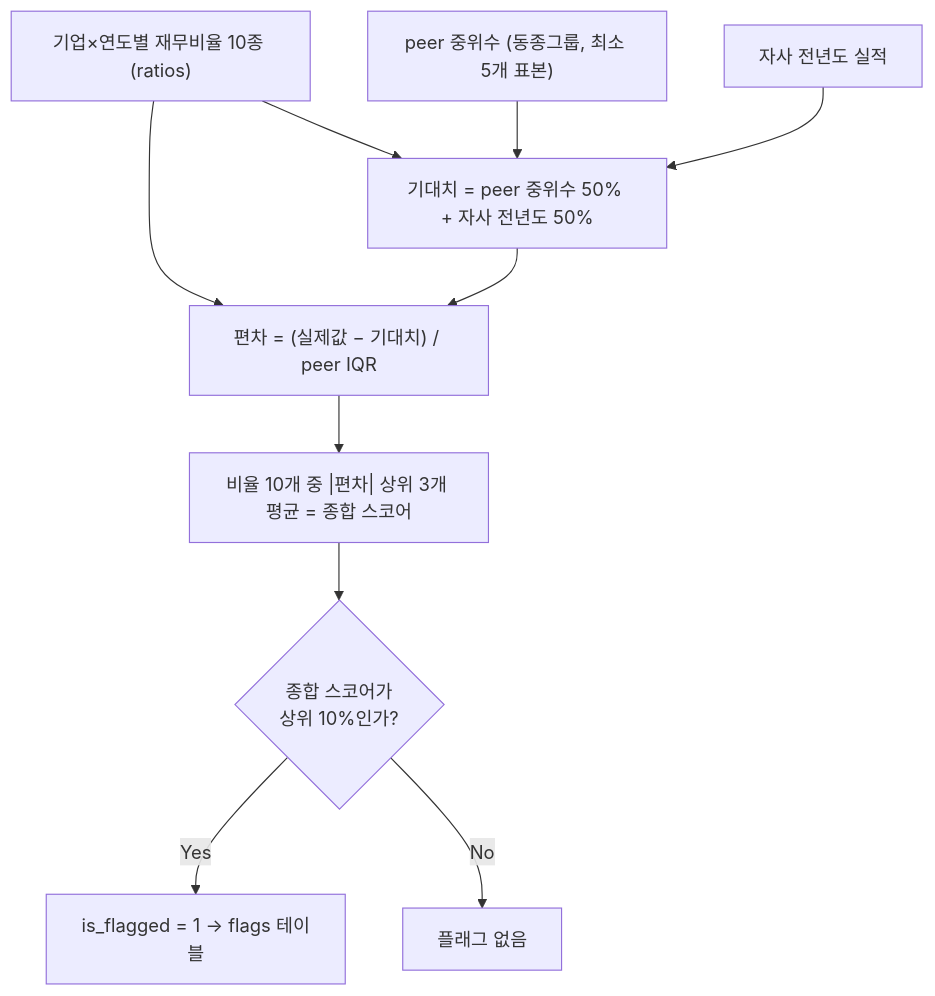
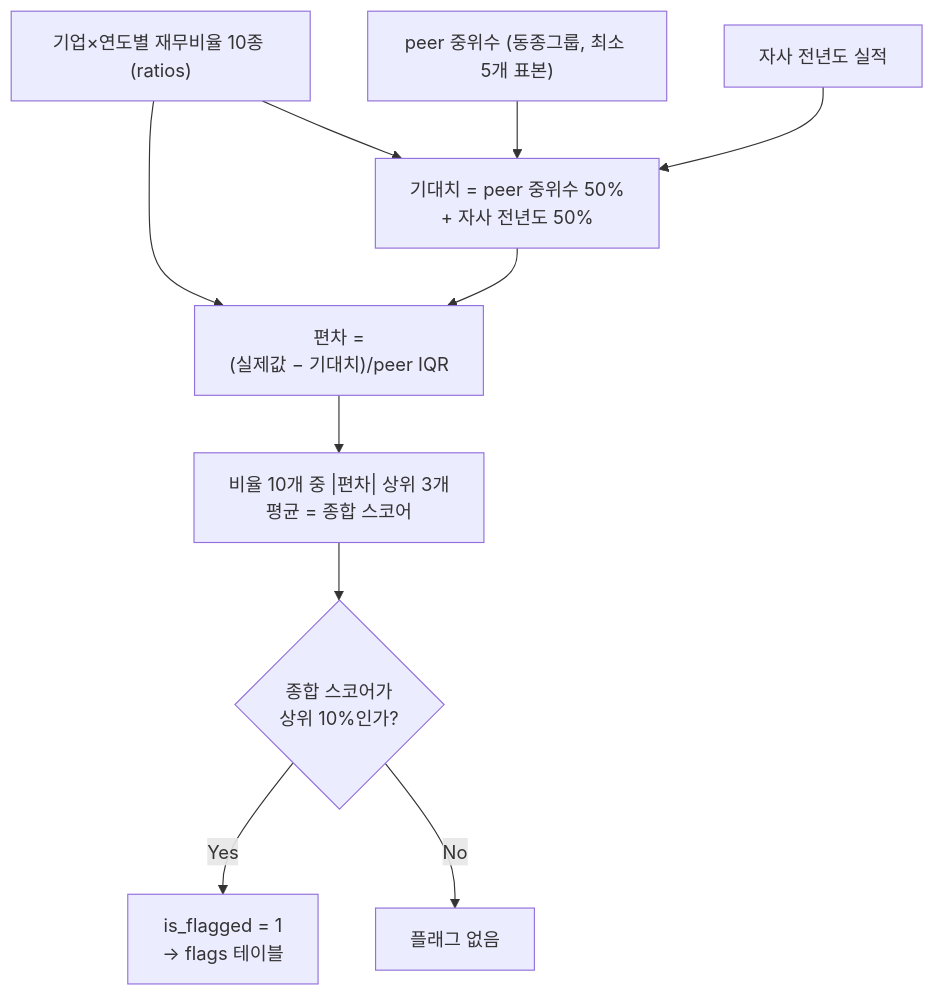
Before and after one commit to lkwon16/auto_analytics: the second of 3 diagrams in README.md, drawn with Mermaid. The commit also changed other lines of this file, not shown here.

First line of the commit message:
README mermaid 다이어그램을 Notion에서 수정한 라벨 줄바꿈으로 동기화

````diff
--- a/README.md
+++ b/README.md
@@ -64,13 +67,17 @@
 ```mermaid
 flowchart TD
-    A["기업×연도별 재무비율 10종 (ratios)"] --> D["기대치 = peer 중위수 50% + 자사 전년도 50%"]
+    A["기업×연도별 재무비율 10종 (ratios)"] --> D["기대치 = peer 중위수 50% 
+    + 자사 전년도 50%"]
     B["peer 중위수 (동종그룹, 최소 5개 표본)"] --> D
     C["자사 전년도 실적"] --> D
-    A --> F["편차 = (실제값 − 기대치) / peer IQR"]
+    A --> F["편차 = 
+    (실제값 − 기대치)/peer IQR"]
     D --> F
-    F --> G["비율 10개 중 |편차| 상위 3개 평균 = 종합 스코어"]
+    F --> G["비율 10개 중 |편차| 상위 3개
+    평균 = 종합 스코어"]
     G --> H{"종합 스코어가
 상위 10%인가?"}
-    H -->|Yes| I["is_flagged = 1 → flags 테이블"]
+    H -->|Yes| I["is_flagged = 1 
+    → flags 테이블"]
     H -->|No| J["플래그 없음"]
 ```
````
